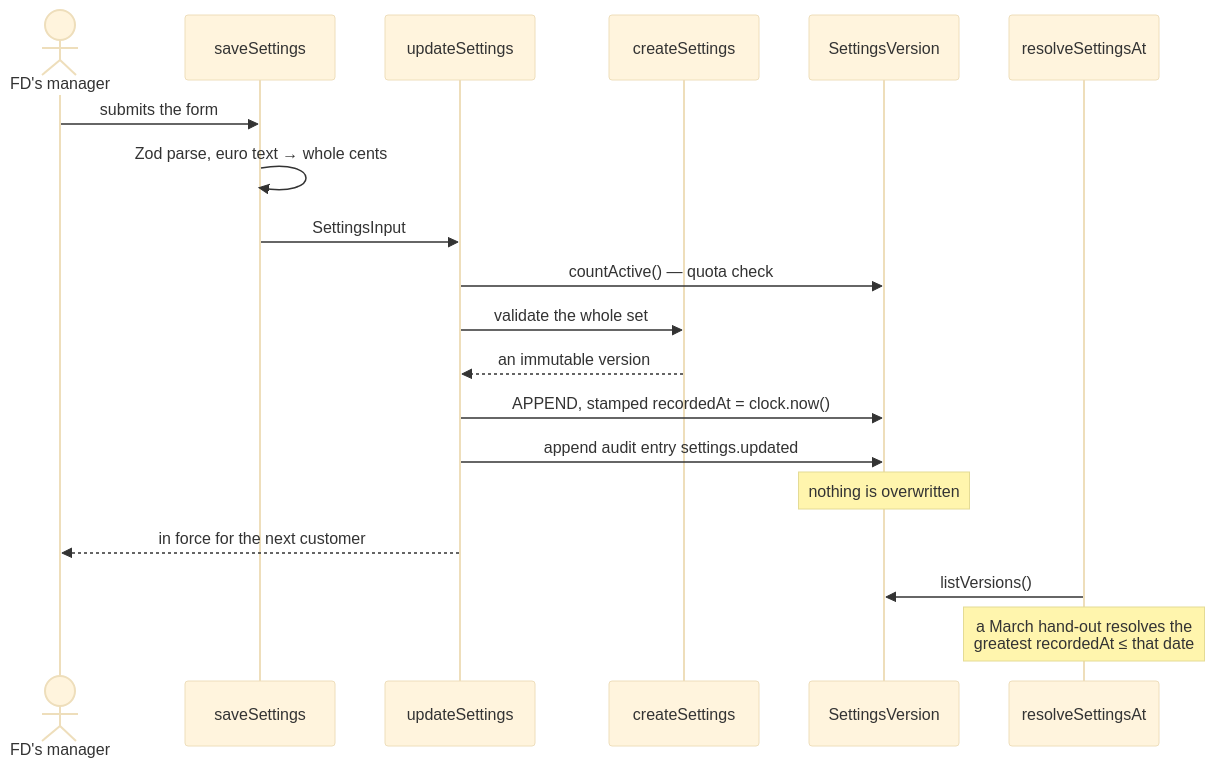
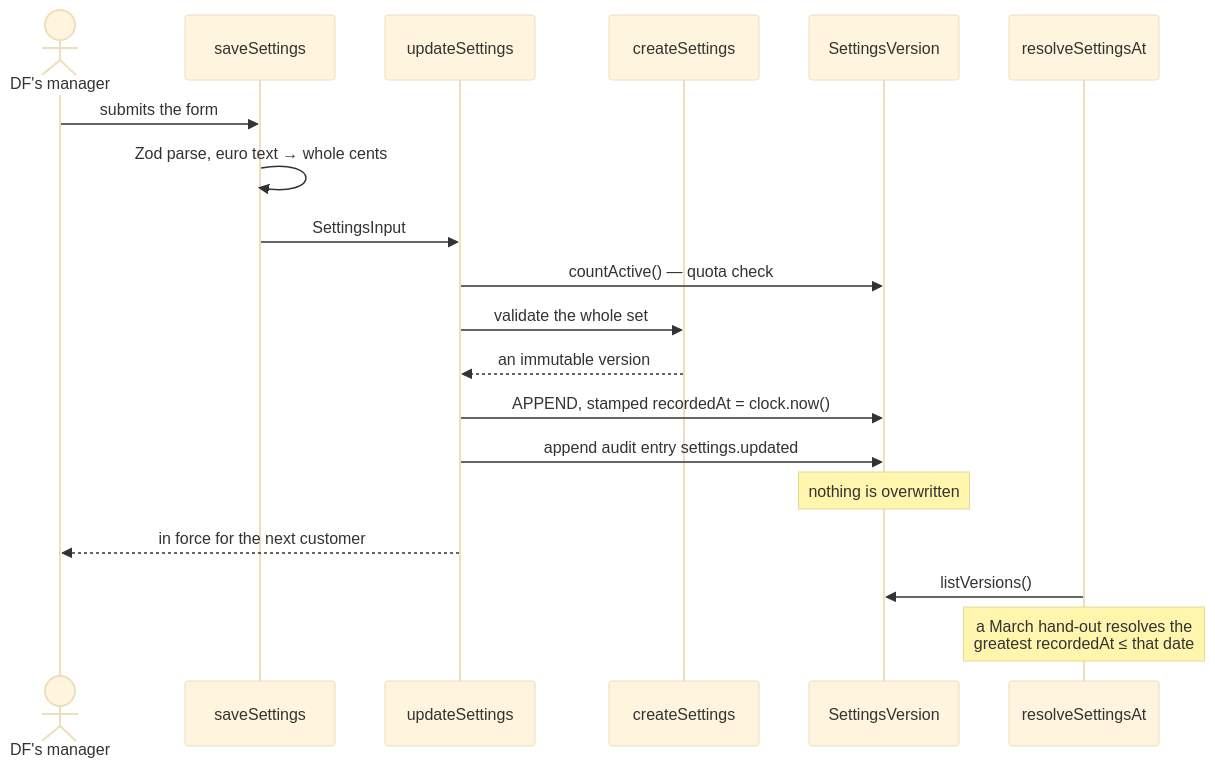
The third of 4 diagrams in docs/architecture/06-runtime-view.md (Lin0pan/FD-management), drawn with Mermaid (base theme) before and after one commit. The commit also changed other lines of this file and 127 other files, not shown here.

````diff
--- a/docs/architecture/06-runtime-view.md
+++ b/docs/architecture/06-runtime-view.md
@@ -102,23 +102,23 @@
 ```mermaid
 sequenceDiagram
-    actor Lead as FD's manager
+    actor Lead as DF's manager
     participant Action as saveSettings
     participant Update as updateSettings
     participant Factory as createSettings
     participant DB as SettingsVersion
 
     Lead->>Action: submits the form
     Action->>Action: Zod parse, euro text → whole cents
     Action->>Update: SettingsInput
     Update->>DB: countActive() — quota check
     Update->>Factory: validate the whole set
     Factory-->>Update: an immutable version
     Update->>DB: APPEND, stamped recordedAt = clock.now()
     Update->>DB: append audit entry settings.updated
     Note over DB: nothing is overwritten
     Update-->>Lead: in force for the next customer
 
     participant Resolve as resolveSettingsAt
     Resolve->>DB: listVersions()
     Note over Resolve: a March hand-out resolves the<br/>greatest recordedAt ≤ that date
 ```
````
